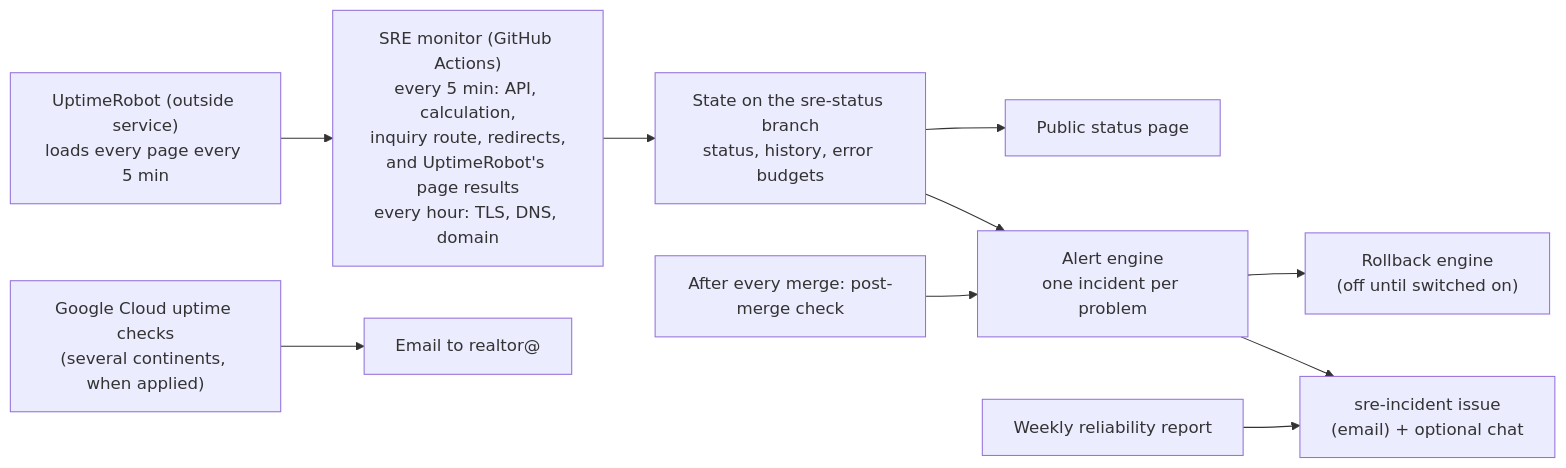
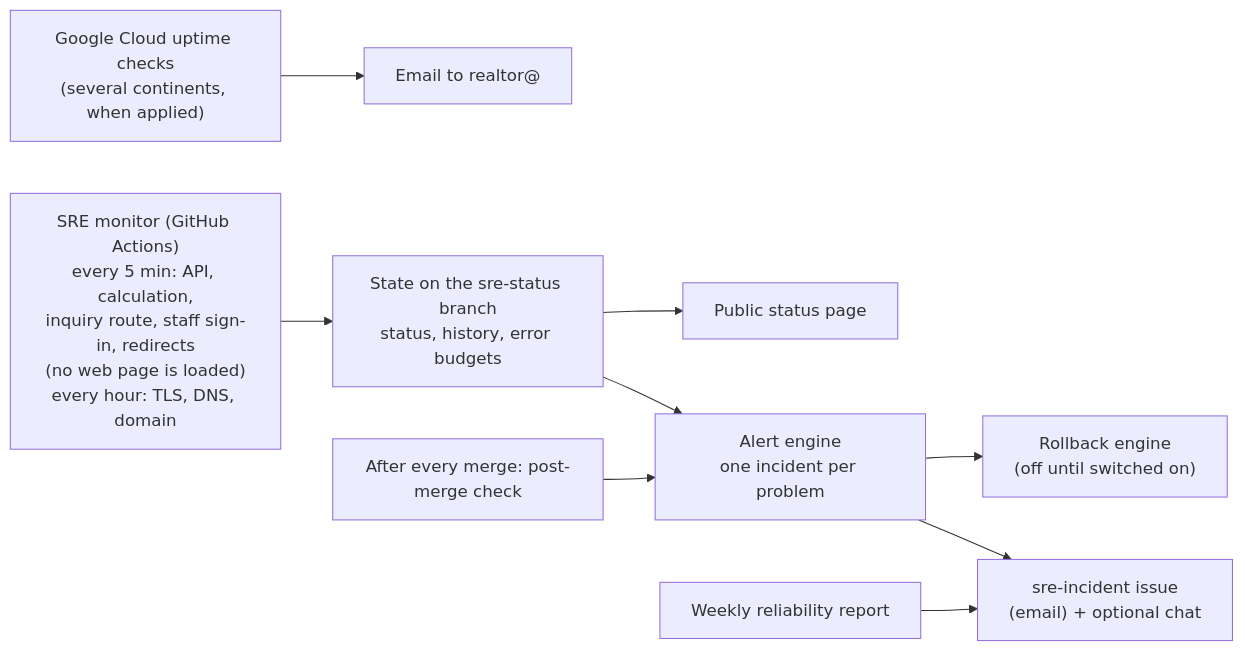
Before and after one commit to Ggeorge73/DiamondEcho: the diagram in docs/sre/README.md, drawn with Mermaid. The commit also changed other lines of this file and 10 other files, not shown here.

First line of the commit message:
SRE docs: no web page is loaded by the monitor; the uptime service is removed

````diff
--- a/docs/sre/README.md
+++ b/docs/sre/README.md
@@ -16,12 +16,11 @@
 ```mermaid
 flowchart LR
-    U["UptimeRobot (outside service)<br/>loads every page every 5 min"] --> M
-    M["SRE monitor (GitHub Actions)<br/>every 5 min: API, calculation,<br/>inquiry route, redirects,<br/>and UptimeRobot's page results<br/>every hour: TLS, DNS, domain"] --> S["State on the sre-status branch<br/>status, history, error budgets"]
+    M["SRE monitor (GitHub Actions)<br/>every 5 min: API, calculation,<br/>inquiry route, staff sign-in, redirects<br/>(no web page is loaded)<br/>every hour: TLS, DNS, domain"] --> S["State on the sre-status branch<br/>status, history, error budgets"]
     S --> A["Alert engine<br/>one incident per problem"]
     A --> I["sre-incident issue<br/>(email) + optional chat"]
     S --> P["Public status page"]
     A --> R["Rollback engine<br/>(off until switched on)"]
     G["Google Cloud uptime checks<br/>(several continents, when applied)"] --> E["Email to realtor@"]
     D["After every merge: post-merge check"] --> A
     W["Weekly reliability report"] --> I
 ```
````
